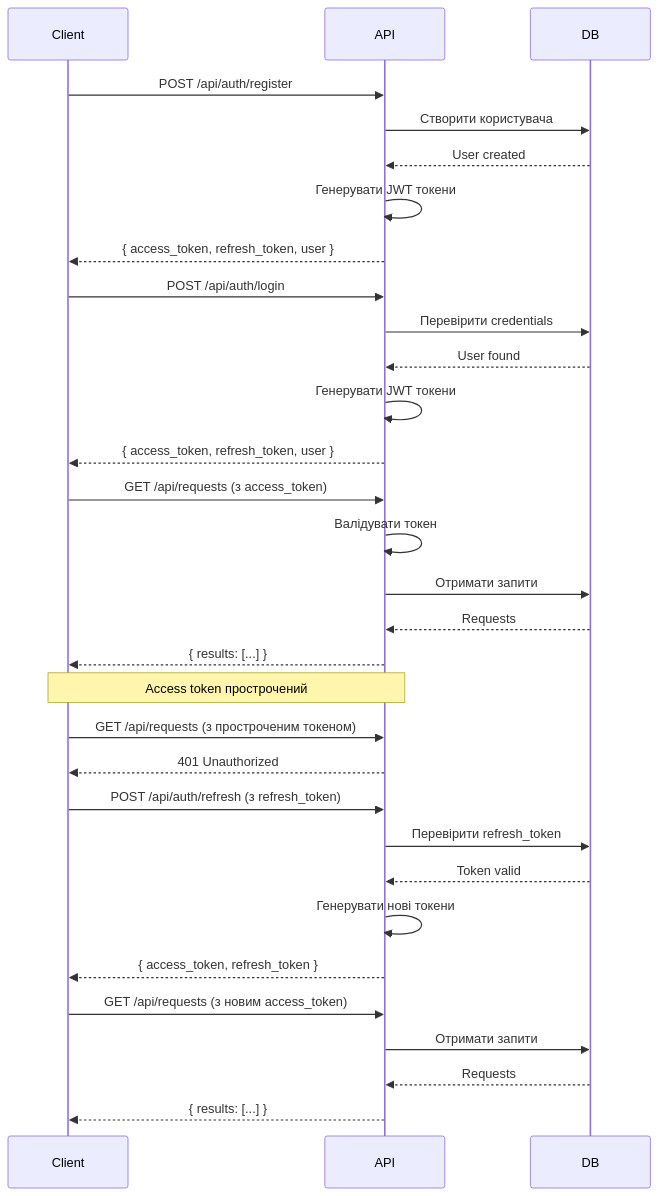
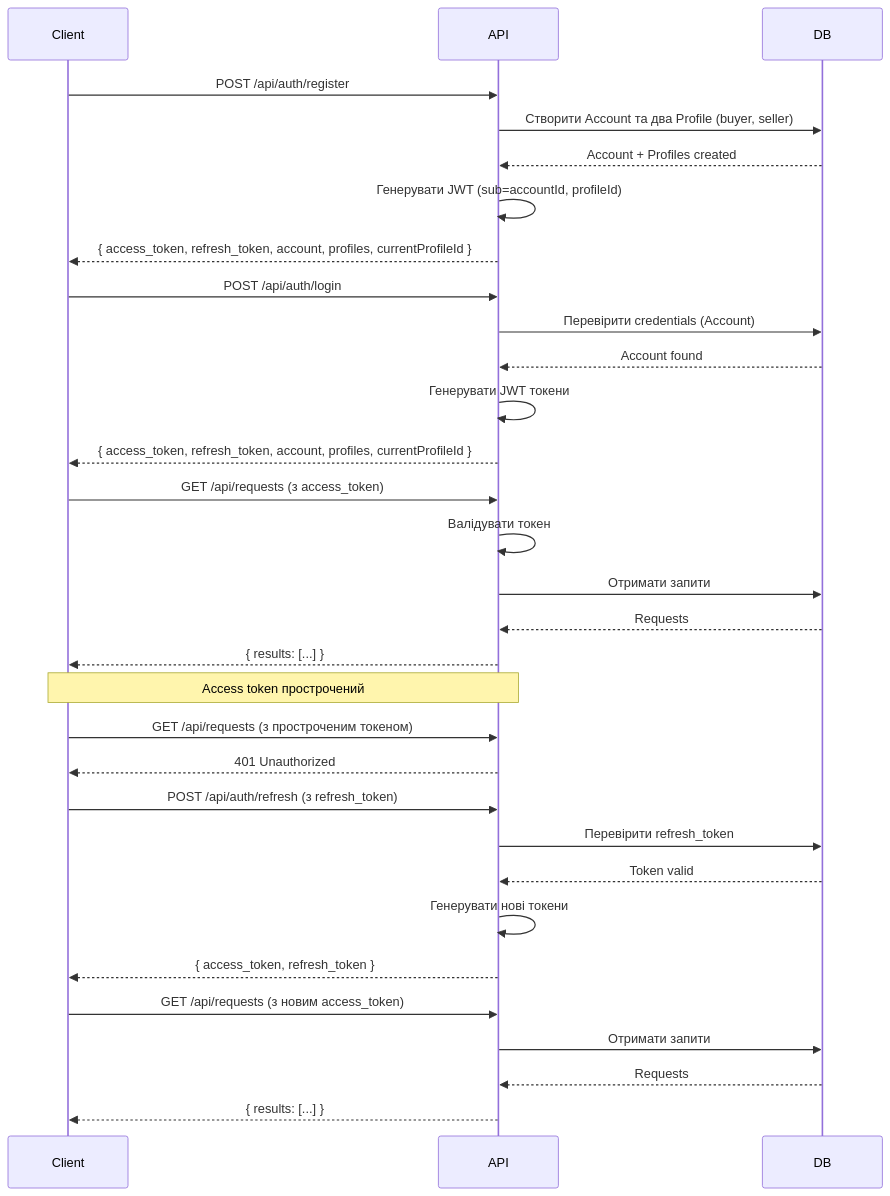
Before and after one commit to AndriiMelnikk/hochu_nest: the diagram in docs/06-authentication.md, drawn with Mermaid. The commit also changed other lines of this file and 50 other files, not shown here.

First line of the commit message:
feat(auth): refactor user model into account and profile system

````diff
--- a/docs/06-authentication.md
+++ b/docs/06-authentication.md
@@ -45,39 +48,39 @@
 ```mermaid
 sequenceDiagram
     participant Client
     participant API
     participant DB
-    
+
     Client->>API: POST /api/auth/register
-    API->>DB: Створити користувача
-    DB-->>API: User created
+    API->>DB: Створити Account та два Profile (buyer, seller)
+    DB-->>API: Account + Profiles created
+    API->>API: Генерувати JWT (sub=accountId, profileId)
+    API-->>Client: { access_token, refresh_token, account, profiles, currentProfileId }
+
+    Client->>API: POST /api/auth/login
+    API->>DB: Перевірити credentials (Account)
+    DB-->>API: Account found
     API->>API: Генерувати JWT токени
-    API-->>Client: { access_token, refresh_token, user }
-    
-    Client->>API: POST /api/auth/login
-    API->>DB: Перевірити credentials
-    DB-->>API: User found
-    API->>API: Генерувати JWT токени
-    API-->>Client: { access_token, refresh_token, user }
-    
+    API-->>Client: { access_token, refresh_token, account, profiles, currentProfileId }
+
     Client->>API: GET /api/requests (з access_token)
     API->>API: Валідувати токен
     API->>DB: Отримати запити
     DB-->>API: Requests
     API-->>Client: { results: [...] }
-    
+
     Note over Client,API: Access token прострочений
     Client->>API: GET /api/requests (з простроченим токеном)
     API-->>Client: 401 Unauthorized
-    
+
     Client->>API: POST /api/auth/refresh (з refresh_token)
     API->>DB: Перевірити refresh_token
     DB-->>API: Token valid
     API->>API: Генерувати нові токени
     API-->>Client: { access_token, refresh_token }
-    
+
     Client->>API: GET /api/requests (з новим access_token)
     API->>DB: Отримати запити
     DB-->>API: Requests
     API-->>Client: { results: [...] }
 ```
````
